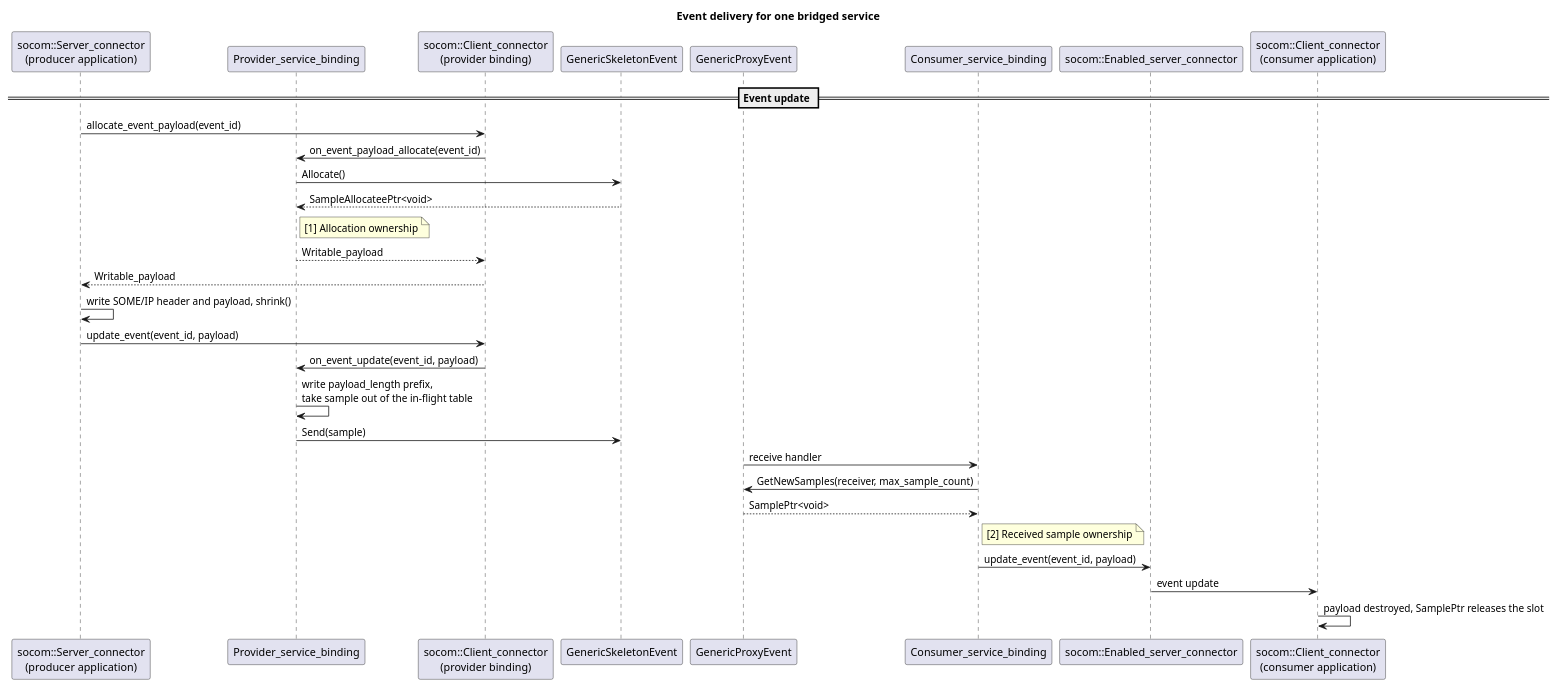
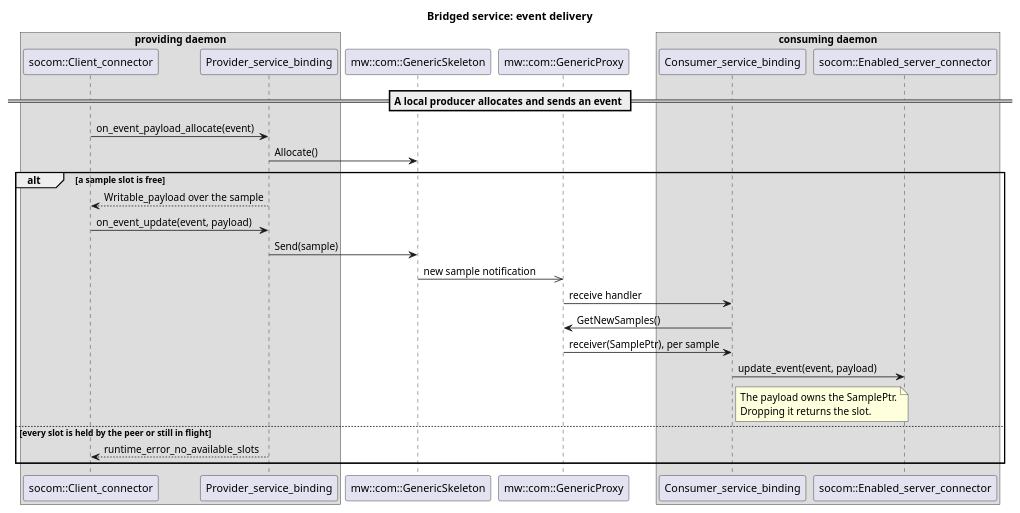
One commit to eclipse-score/inc_someip_gateway changed the diagram in score/gateway_ipc_binding/docs/models/mw_com_event_flow.puml. Above: the diagram before and after it, drawn with PlantUML. The commit also changed 1 other file, not shown here.

Commit message:
simplify event flow diagram

```diff
--- a/score/gateway_ipc_binding/docs/models/mw_com_event_flow.puml
+++ b/score/gateway_ipc_binding/docs/models/mw_com_event_flow.puml
@@ -14,34 +14,31 @@
-@startuml
-title Event delivery for one bridged service
+@startuml mw_com_event_flow
+title Bridged service: event delivery
 
-participant "socom::Server_connector\n(producer application)" as producer
+box "providing daemon"
+participant "socom::Client_connector" as client_connector
 participant "Provider_service_binding" as provider
-participant "socom::Client_connector\n(provider binding)" as provider_connector
-participant "GenericSkeletonEvent" as skeleton_event
-participant "GenericProxyEvent" as proxy_event
+end box
+participant "mw::com::GenericSkeleton" as skeleton
+participant "mw::com::GenericProxy" as proxy
+box "consuming daemon"
 participant "Consumer_service_binding" as consumer
-participant "socom::Enabled_server_connector" as enabled_connector
-participant "socom::Client_connector\n(consumer application)" as consumer_app
+participant "socom::Enabled_server_connector" as server_connector
+end box
 
-== Event update ==
-producer -> provider_connector : allocate_event_payload(event_id)
-provider_connector -> provider : on_event_payload_allocate(event_id)
-provider -> skeleton_event : Allocate()
-skeleton_event --> provider : SampleAllocateePtr<void>
-note right of provider : [1] Allocation ownership
-provider --> provider_connector : Writable_payload
-provider_connector --> producer : Writable_payload
-producer -> producer : write SOME/IP header and payload, shrink()
-producer -> provider_connector : update_event(event_id, payload)
-provider_connector -> provider : on_event_update(event_id, payload)
-provider -> provider : write payload_length prefix,\ntake sample out of the in-flight table
-provider -> skeleton_event : Send(sample)
-
-proxy_event -> consumer : receive handler
-consumer -> proxy_event : GetNewSamples(receiver, max_sample_count)
-proxy_event --> consumer : SamplePtr<void>
-note right of consumer : [2] Received sample ownership
-consumer -> enabled_connector : update_event(event_id, payload)
-enabled_connector -> consumer_app : event update
-consumer_app -> consumer_app : payload destroyed, SamplePtr releases the slot
+== A local producer allocates and sends an event ==
+client_connector -> provider : on_event_payload_allocate(event)
+provider -> skeleton : Allocate()
+alt a sample slot is free
+  provider --> client_connector : Writable_payload over the sample
+  client_connector -> provider : on_event_update(event, payload)
+  provider -> skeleton : Send(sample)
+  skeleton ->> proxy : new sample notification
+  proxy -> consumer : receive handler
+  consumer -> proxy : GetNewSamples()
+  proxy -> consumer : receiver(SamplePtr), per sample
+  consumer -> server_connector : update_event(event, payload)
+  note right of consumer : The payload owns the SamplePtr.\nDropping it returns the slot.
+else every slot is held by the peer or still in flight
+  provider --> client_connector : runtime_error_no_available_slots
+end
 @enduml
```
